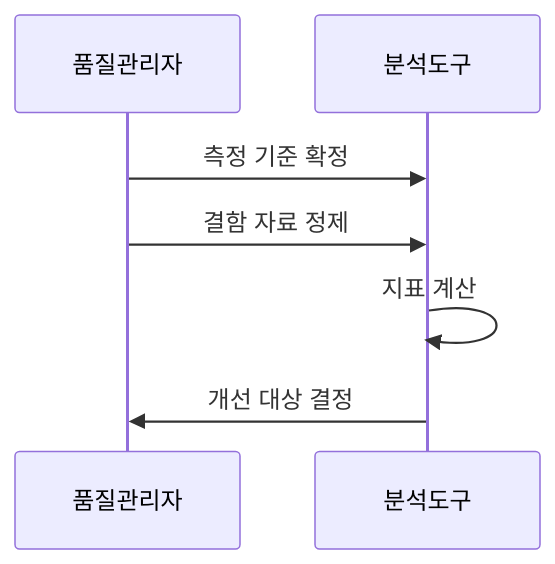
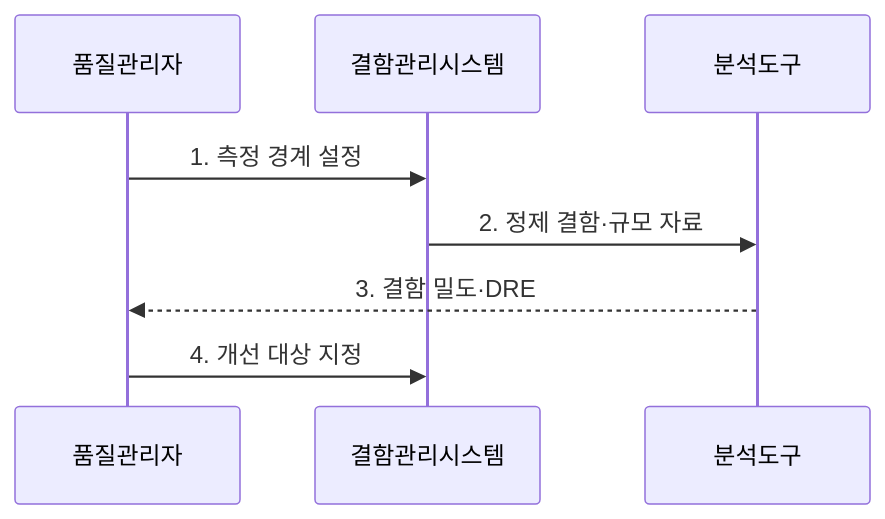
Before and after one commit to agnusdei1207/knowledge-base: the diagram in src/content/docs/notes/06-evaluation/032_defect_density_removal_rate.md, drawn with Mermaid. The commit also changed other lines of this file and 9 other files, not shown here.

````diff
--- a/src/content/docs/notes/06-evaluation/032_defect_density_removal_rate.md
+++ b/src/content/docs/notes/06-evaluation/032_defect_density_removal_rate.md
@@ -77,9 +69,10 @@
 ```mermaid
 sequenceDiagram
-    participant M as 품질관리자
+    participant Q as 품질관리자
+    participant D as 결함관리시스템
     participant A as 분석도구
-    M->>A: 측정 기준 확정
-    M->>A: 결함 자료 정제
-    A->>A: 지표 계산
-    A->>M: 개선 대상 결정
+    Q->>D: 1. 측정 경계 설정
+    D->>A: 2. 정제 결함·규모 자료
+    A-->>Q: 3. 결함 밀도·DRE
+    Q->>D: 4. 개선 대상 지정
 ```
````
